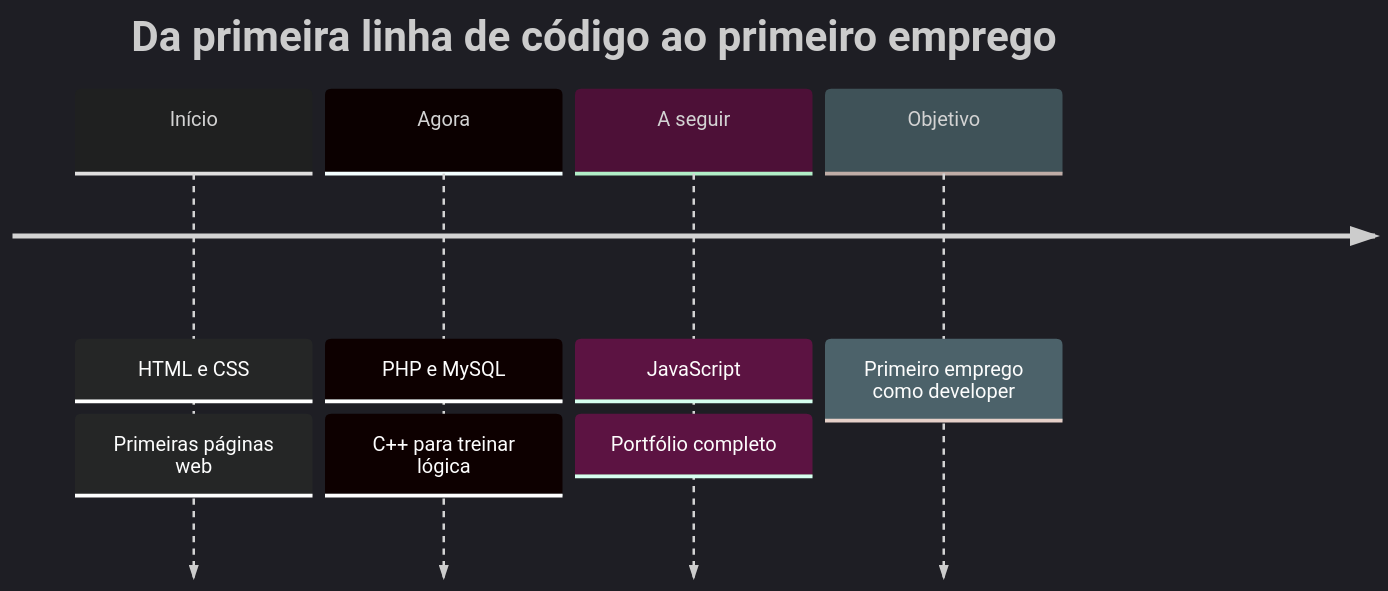
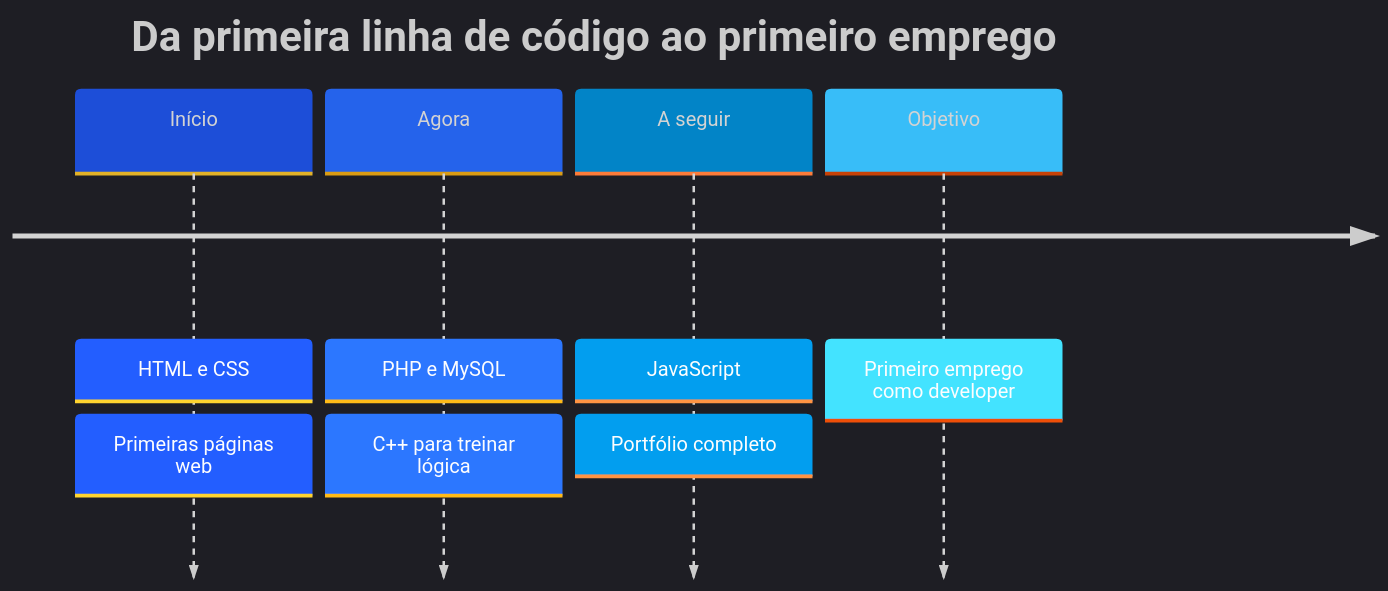
One commit to a14705-oficina/a14705-oficina changed the diagram in README.md. Above: the diagram before and after it, drawn with Mermaid. The commit also changed other lines of this file, not shown here.

````diff
--- a/README.md
+++ b/README.md
@@ -152,9 +137,9 @@
 ```mermaid
-%%{init: {'theme':'dark'}}%%
+%%{init: {'theme':'dark','themeVariables':{'cScale0':'#1d4ed8','cScale1':'#2563eb','cScale2':'#0284c7','cScale3':'#38bdf8'}}}%%
 timeline
     title Da primeira linha de código ao primeiro emprego
     Início : HTML e CSS : Primeiras páginas web
     Agora : PHP e MySQL : C++ para treinar lógica
     A seguir : JavaScript : Portfólio completo
     Objetivo : Primeiro emprego como developer
 ```
````
